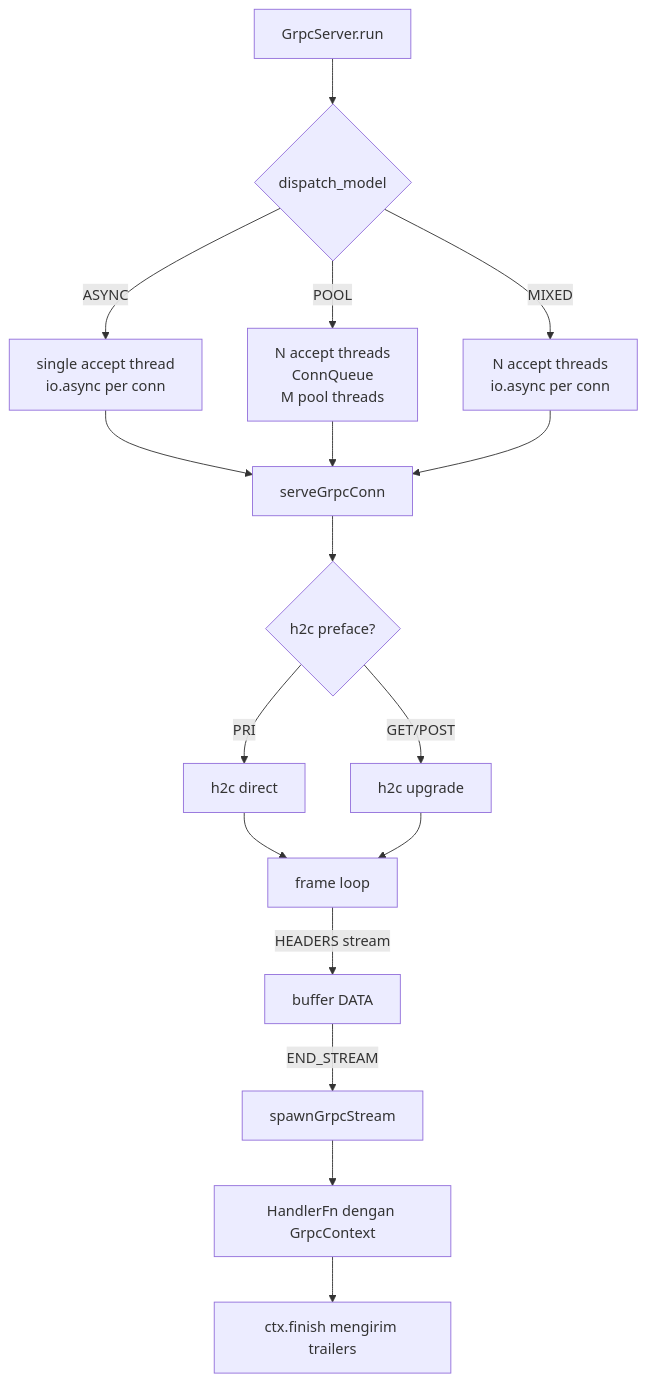
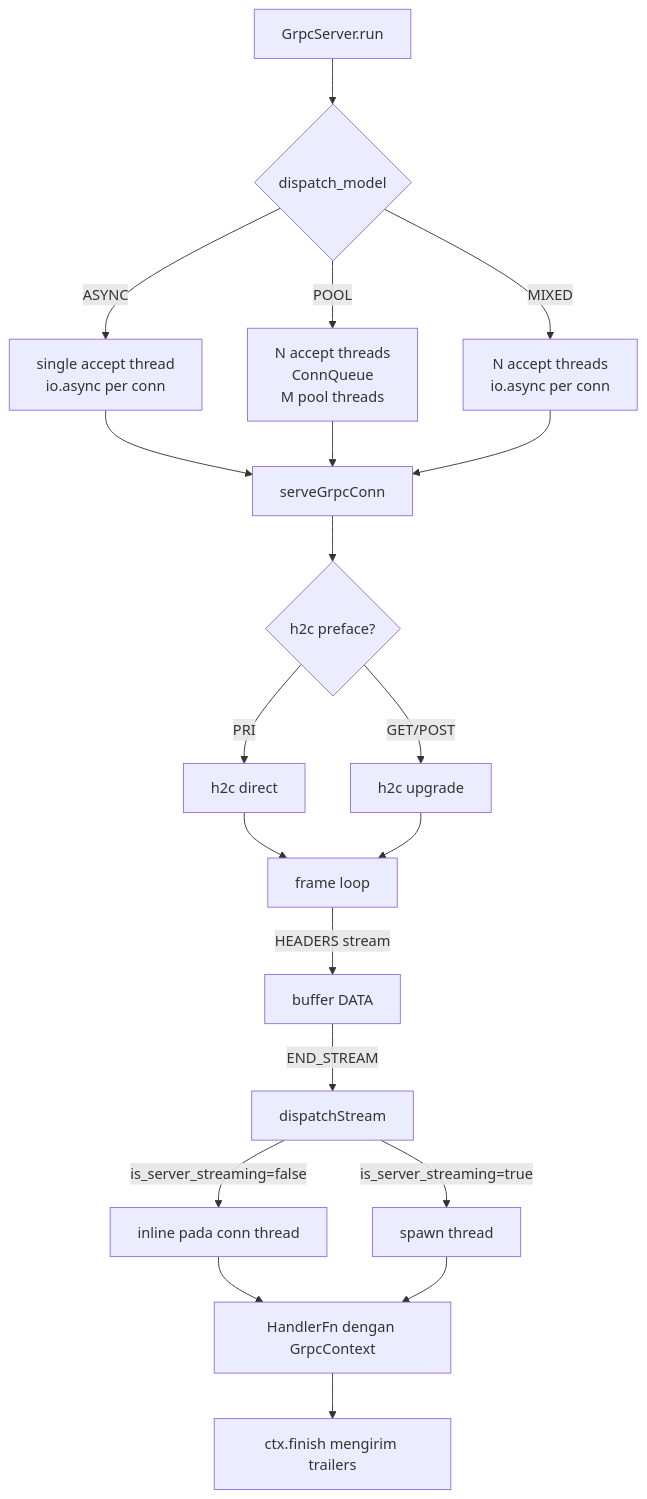
One commit to prothegee/zix changed the third of 4 diagrams in docs/hld-grpc-id.md. Above: the diagram before and after it, drawn with Mermaid. The commit also changed other lines of this file, not shown here.

Commit message:
update hld-grpc-id for 0.2.2

````diff
--- a/docs/hld-grpc-id.md
+++ b/docs/hld-grpc-id.md
@@ -313,19 +315,22 @@
 ```mermaid
 flowchart TD
     A[GrpcServer.run] --> B{dispatch_model}
     B -->|ASYNC| C[single accept thread\nio.async per conn]
     B -->|POOL| D[N accept threads\nConnQueue\nM pool threads]
     B -->|MIXED| E[N accept threads\nio.async per conn]
     C --> F[serveGrpcConn]
     D --> F
     E --> F
     F --> G{h2c preface?}
     G -->|PRI| H[h2c direct]
     G -->|GET/POST| I[h2c upgrade]
     H --> J[frame loop]
     I --> J
     J -->|HEADERS stream| K[buffer DATA]
-    K -->|END_STREAM| L[spawnGrpcStream]
-    L --> M[HandlerFn dengan GrpcContext]
+    K -->|END_STREAM| L[dispatchStream]
+    L -->|is_server_streaming=false| LI[inline pada conn thread]
+    L -->|is_server_streaming=true| LS[spawn thread]
+    LI --> M[HandlerFn dengan GrpcContext]
+    LS --> M
     M --> N[ctx.finish mengirim trailers]
 ```
````
